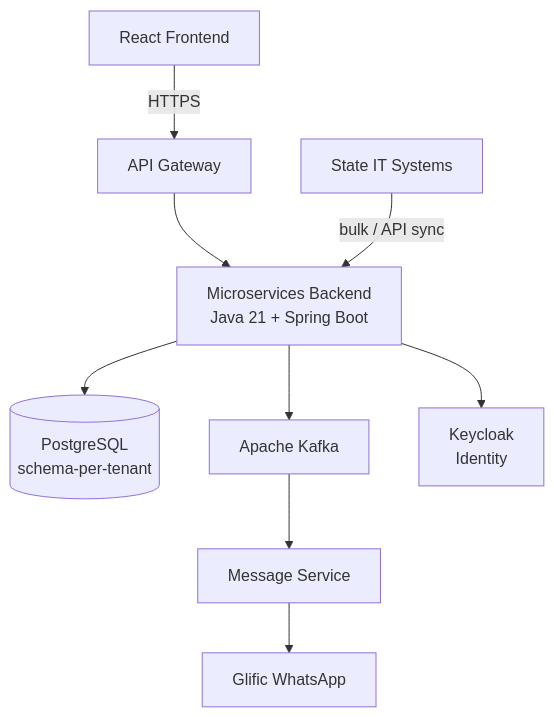
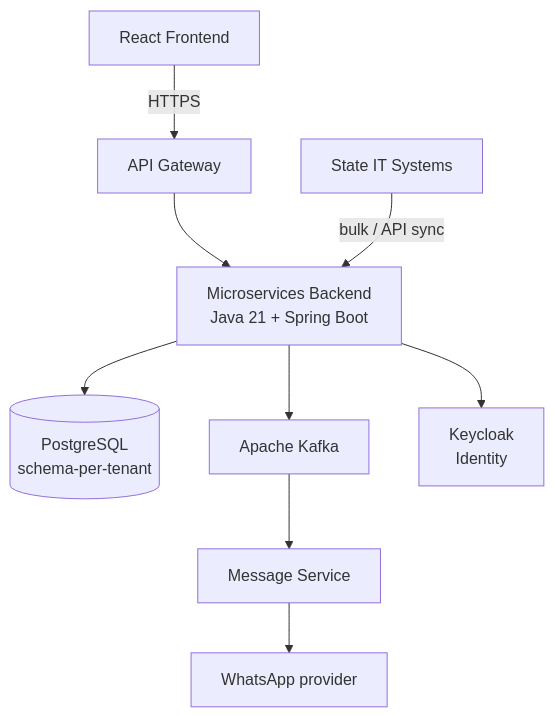
The first of 2 diagrams in gitbook/technical-architecture.md (arghyam/JalSoochak), drawn with Mermaid before and after one commit. The commit also changed other lines of this file and 18 other files, not shown here.

````diff
--- a/gitbook/technical-architecture.md
+++ b/gitbook/technical-architecture.md
@@ -7,11 +7,11 @@
 ```mermaid
 graph TD
     FE[React Frontend] -->|HTTPS| GW[API Gateway]
     GW --> SVC[Microservices Backend<br/>Java 21 + Spring Boot]
     SVC --> DB[(PostgreSQL<br/>schema-per-tenant)]
     SVC --> K[Apache Kafka]
     K --> MSG[Message Service]
-    MSG --> GLIFIC[Glific WhatsApp]
+    MSG --> WA[WhatsApp provider]
     SVC --> KC[Keycloak<br/>Identity]
     EXT[State IT Systems] -->|bulk / API sync| SVC
 ```
````
